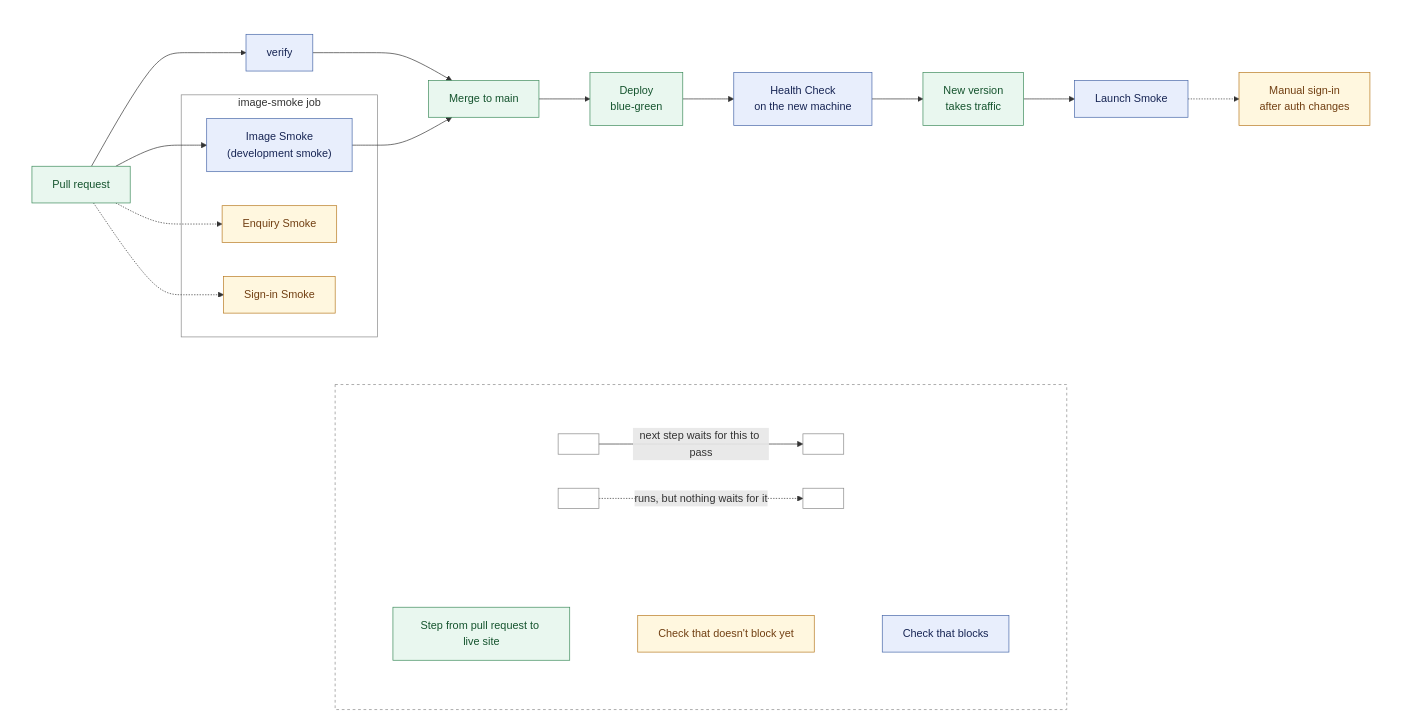
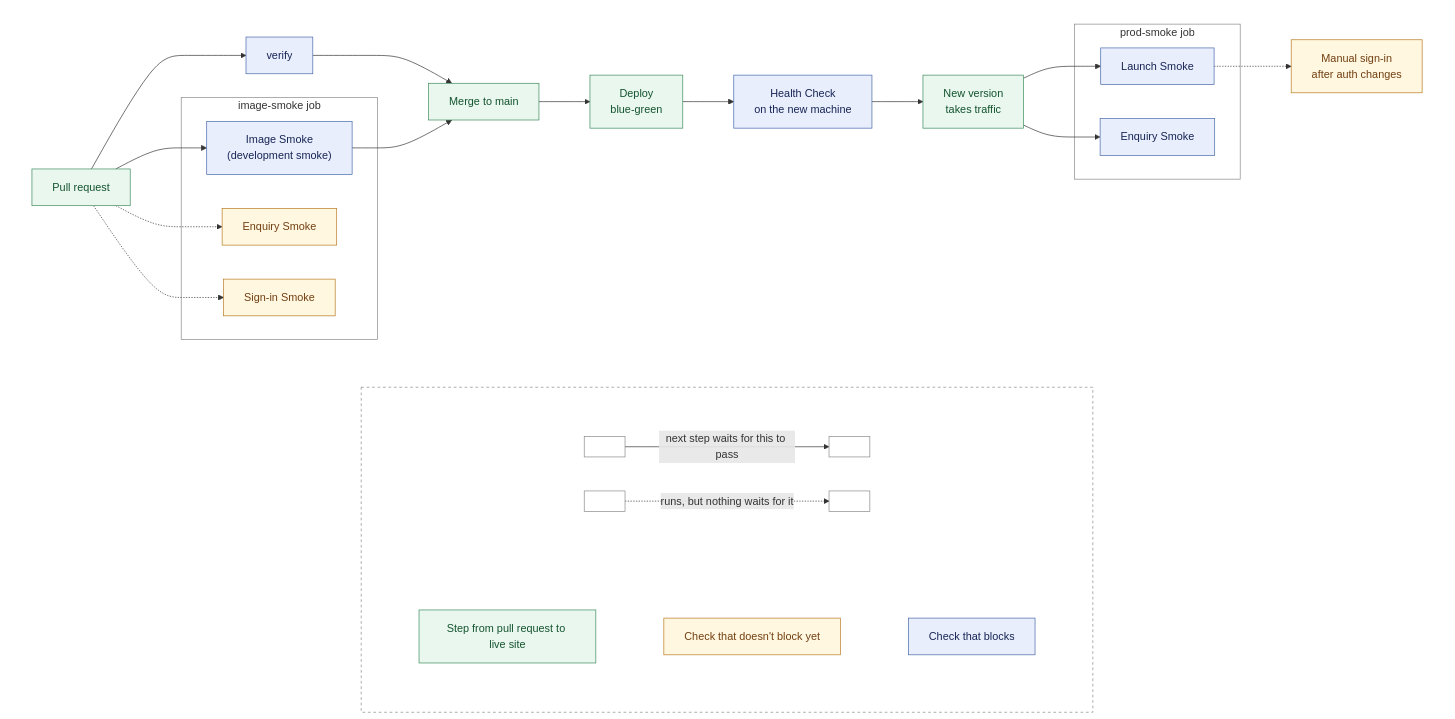
Before and after one commit to sumau/welltutored: the diagram in docs/pipeline.md, drawn with Mermaid. The commit also changed other lines of this file and 5 other files, not shown here.

First line of the commit message:
Run the Launch and Enquiry Smokes in a prod-smoke job after deploy

````diff
--- a/docs/pipeline.md
+++ b/docs/pipeline.md
@@ -11,60 +11,66 @@
 ```mermaid
 flowchart TB
   %% From pull request to live site.
   subgraph pipeline[" "]
     direction LR
     pr["Pull request"] --> verify["verify"]
     subgraph imageJob["image-smoke job"]
       image["Image Smoke<br/>(development smoke)"]
       enquiry["Enquiry Smoke"]
       signIn["Sign-in Smoke"]
     end
     pr --> image
     pr -.-> enquiry
     pr -.-> signIn
     verify --> merge["Merge to main"]
     image --> merge
     merge --> deploy["Deploy<br/>blue-green"]
     deploy --> health["Health Check<br/>on the new machine"]
     health --> live["New version<br/>takes traffic"]
-    live --> launch["Launch Smoke"]
+    subgraph prodJob["prod-smoke job"]
+      launch["Launch Smoke"]
+      prodEnquiry["Enquiry Smoke"]
+    end
+    live --> launch
+    live --> prodEnquiry
     launch -.-> manual["Manual sign-in<br/>after auth changes"]
   end
 
   %% The legend. Links written ~~~ are invisible and only position things.
   subgraph legend[" "]
     direction TB
     subgraph legendArrows[" "]
       direction LR
       keyA[" "] -->|"next step waits for this to pass"| keyB[" "]
       keyC[" "] -.->|"runs, but nothing waits for it"| keyD[" "]
     end
 
     subgraph legendBoxes[" "]
       direction LR
       keyEvent["Step from pull request to live site"]
       keySoft["Check that doesn't block yet"]
       keyGate["Check that blocks"]
       keyEvent ~~~ keySoft ~~~ keyGate
     end
 
     legendArrows ~~~ legendBoxes
   end
 
   pipeline ~~~ legend
 
   classDef gate fill:#e8eefc,stroke:#4666a8,color:#172554
   classDef soft fill:#fff7df,stroke:#b7791f,color:#713f12
   classDef event fill:#e9f7ef,stroke:#3b8a5a,color:#14532d
   classDef blank fill:none,stroke:#888,color:#888
-  class verify,image,health,launch,keyGate gate
+  class verify,image,health,launch,prodEnquiry,keyGate gate
   class enquiry,signIn,manual,keySoft soft
   class pr,merge,deploy,live,keyEvent event
   class keyA,keyB,keyC,keyD blank
 
   style pipeline fill:none,stroke:none
   style imageJob fill:none,stroke:#888
+  style prodJob fill:none,stroke:#888
   style legend fill:none,stroke:#888,stroke-dasharray:4
   style legendArrows fill:none,stroke:none
   style legendBoxes fill:none,stroke:none
 ```
````
